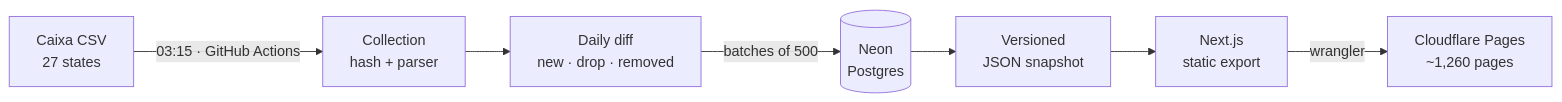
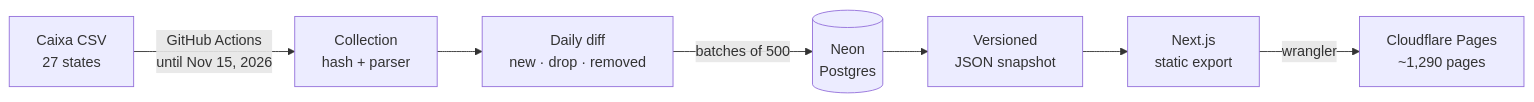
One commit to tarlisodoria/garimpo-imoveis changed the diagram in README.en.md. Above: the diagram before and after it, drawn with Mermaid. The commit also changed other lines of this file and 12 other files, not shown here.

````diff
--- a/README.en.md
+++ b/README.en.md
@@ -59,9 +60,9 @@
 ```mermaid
 flowchart LR
-    caixa["Caixa CSV<br/>27 states"] -->|"03:15 · GitHub Actions"| coleta["Collection<br/>hash + parser"]
+    caixa["Caixa CSV<br/>27 states"] -->|"GitHub Actions<br/>until Nov 15, 2026"| coleta["Collection<br/>hash + parser"]
     coleta --> diff["Daily diff<br/>new · drop · removed"]
     diff -->|"batches of 500"| neon[("Neon<br/>Postgres")]
     neon --> snapshot["Versioned<br/>JSON snapshot"]
     snapshot --> build["Next.js<br/>static export"]
-    build -->|"wrangler"| pages["Cloudflare Pages<br/>~1,260 pages"]
+    build -->|"wrangler"| pages["Cloudflare Pages<br/>~1,290 pages"]
 ```
````
